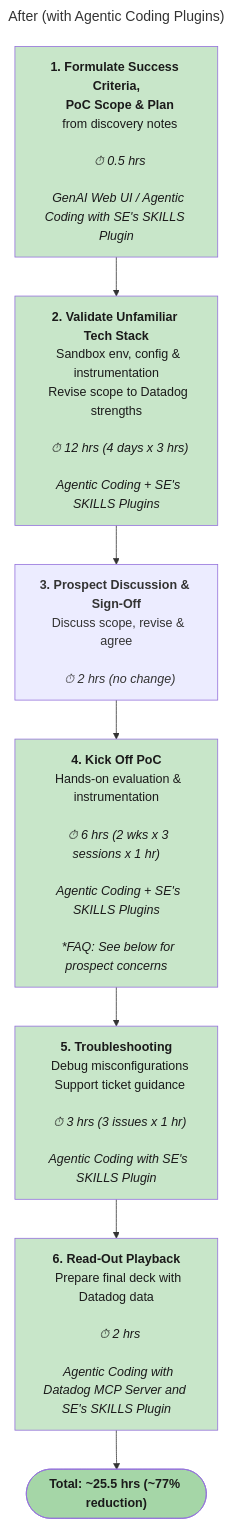
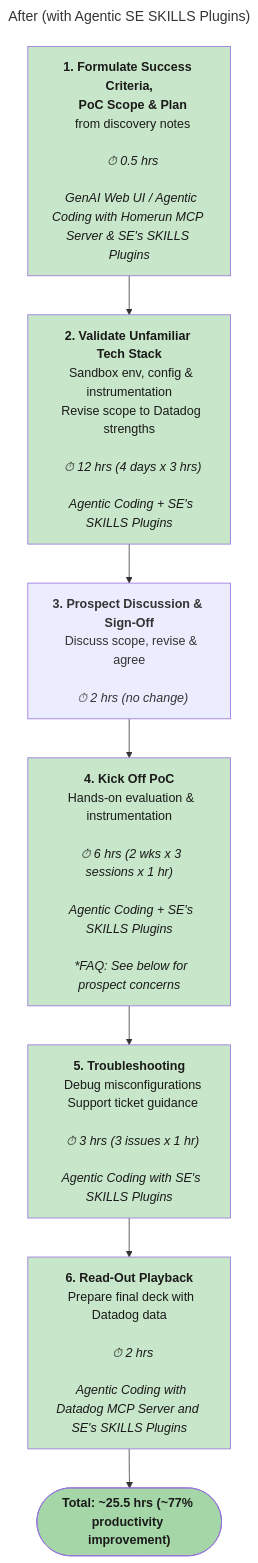
Before and after one commit to jek-bao-choo/sales-engineering-poc-automation: the second of 2 diagrams in docs/index.md, drawn with Mermaid. The commit also changed other lines of this file and 2 other files, not shown here.

````diff
--- a/docs/index.md
+++ b/docs/index.md
@@ -65,53 +66,53 @@
 ``` mermaid
 ---
-title: After (with Agentic Coding Plugins)
+title: After (with Agentic SE SKILLS Plugins)
 ---
 graph TD
   A["<b>1. Formulate Success Criteria,</b>
   <b>PoC Scope & Plan</b>
   from discovery notes
   <i></i>
   <i>⏱ 0.5 hrs</i>
   <i></i>  
-  <i>GenAI Web UI / Agentic Coding with SE's SKILLS Plugin</i>"]
+  <i>GenAI Web UI / Agentic Coding with Homerun MCP Server & SE's SKILLS Plugins</i>"]
   B["<b>2. Validate Unfamiliar Tech Stack</b>
   Sandbox env, config & instrumentation
   Revise scope to Datadog strengths
   <i></i>
   <i>⏱ 12 hrs (4 days x 3 hrs)</i>
   <i></i>
   <i>Agentic Coding + SE's SKILLS Plugins</i>"]
   C["<b>3. Prospect Discussion & Sign-Off</b>
   Discuss scope, revise & agree
   <i></i>
   <i>⏱ 2 hrs (no change)</i>"]
   D["<b>4. Kick Off PoC</b>
   Hands-on evaluation & instrumentation
   <i></i>
   <i>⏱ 6 hrs (2 wks x 3 sessions x 1 hr)</i>
   <i></i>  
   <i>Agentic Coding + SE's SKILLS Plugins</i>
   <i></i>
   <i>*FAQ: See below for prospect concerns</i>"]
   E["<b>5. Troubleshooting</b>
   Debug misconfigurations
   Support ticket guidance
   <i></i>
   <i>⏱ 3 hrs (3 issues x 1 hr)</i>
   <i></i>
-  <i>Agentic Coding with SE's SKILLS Plugin</i>"]
+  <i>Agentic Coding with SE's SKILLS Plugins</i>"]
   F["<b>6. Read-Out Playback</b>
   Prepare final deck with Datadog data
   <i></i>
   <i>⏱ 2 hrs</i>
   <i></i>
-  <i>Agentic Coding with Datadog MCP Server and SE's SKILLS Plugin</i>"]
-  G(["<b>Total: ~25.5 hrs (~77% reduction)</b>"])
+  <i>Agentic Coding with Datadog MCP Server and SE's SKILLS Plugins</i>"]
+  G(["<b>Total: ~25.5 hrs (~77% productivity improvement)</b>"])
   A --> B --> C --> D --> E --> F --> G
   style A fill:#c8e6c9,color:#1a1a1a
   style B fill:#c8e6c9,color:#1a1a1a
   style D fill:#c8e6c9,color:#1a1a1a
   style E fill:#c8e6c9,color:#1a1a1a
   style F fill:#c8e6c9,color:#1a1a1a
   style G fill:#a5d6a7,color:#1a1a1a
 ```
````
